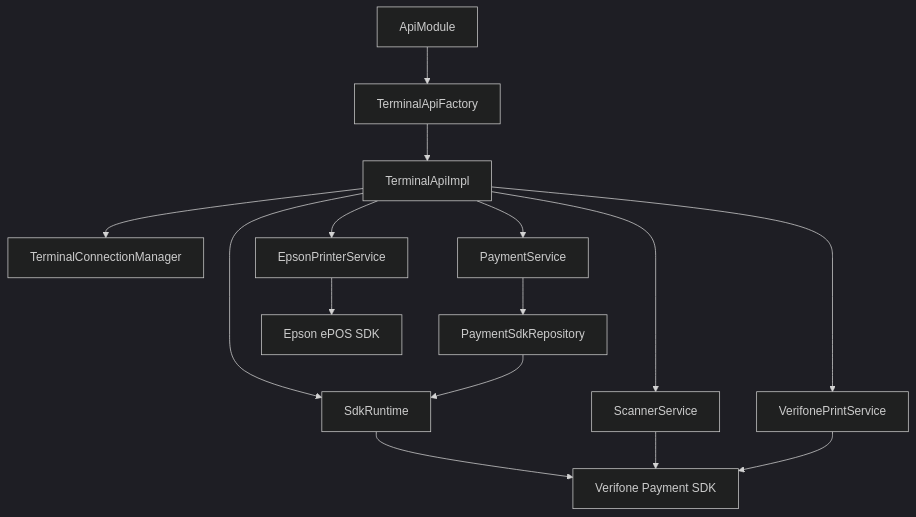
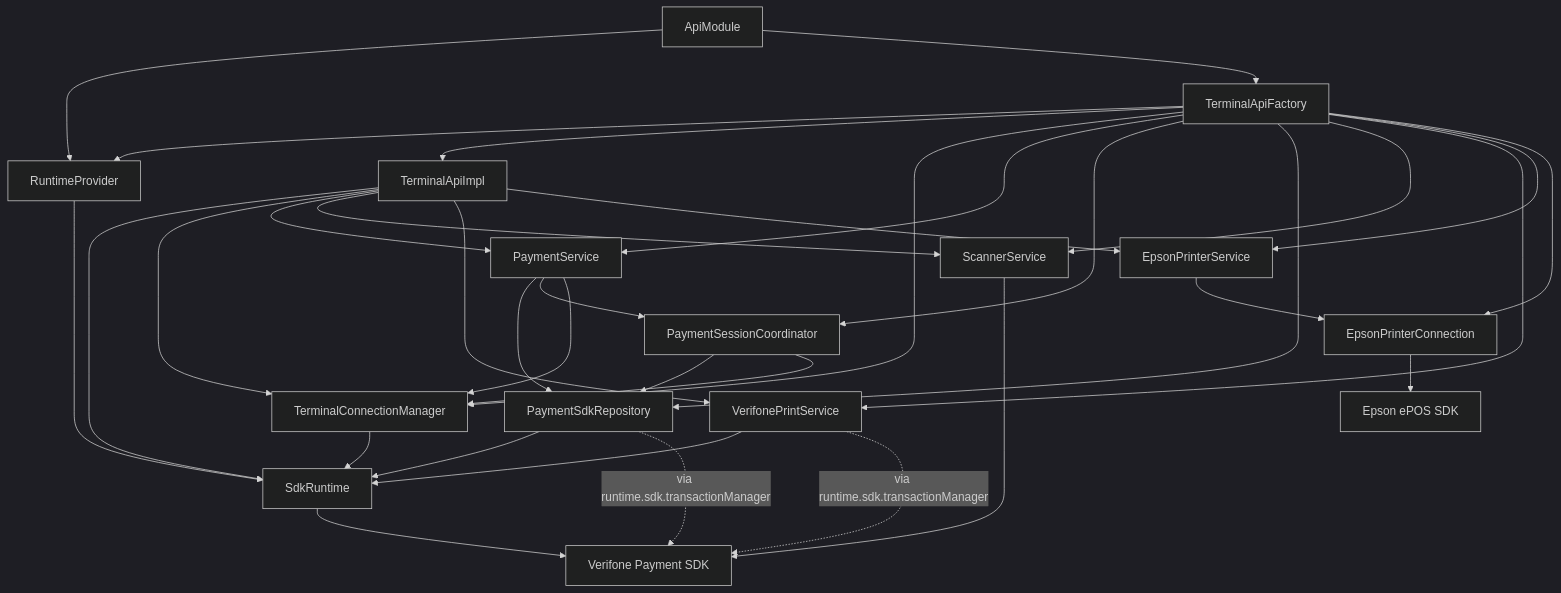
The sixth of 6 diagrams in docs-integration-layer/integration-development/architecture.md (angelika-friis/docs-verifone-psdk-pos-integration), drawn with Mermaid (dark theme) before and after one commit. The commit also changed other lines of this file and 18 other files, not shown here.

Commit message:
Fix broken links and update architecture.md

````diff
--- a/docs-integration-layer/integration-development/architecture.md
+++ b/docs-integration-layer/integration-development/architecture.md
@@ -13,30 +156,66 @@
 ```mermaid
 flowchart TD
     ApiModule["ApiModule"]
+    RuntimeProvider["RuntimeProvider"]
     Factory["TerminalApiFactory"]
+
     Api["TerminalApiImpl"]
-    Runtime["SdkRuntime"]
     Connection["TerminalConnectionManager"]
+
     Payment["PaymentService"]
+    SessionCoordinator["PaymentSessionCoordinator"]
     Repo["PaymentSdkRepository"]
+
     Scanner["ScannerService"]
     VPrinter["VerifonePrintService"]
+    EPrinter["EpsonPrinterService"]
+    EpsonConnection["EpsonPrinterConnection"]
+
+    Runtime["SdkRuntime"]
     PSDK["Verifone Payment SDK"]
-    EPrinter["EpsonPrinterService"]
     Epson["Epson ePOS SDK"]
 
+    ApiModule --> RuntimeProvider
     ApiModule --> Factory
+    RuntimeProvider --> Runtime
+
+    Factory --> RuntimeProvider
     Factory --> Api
+    Factory --> Connection
+    Factory --> Payment
+    Factory --> SessionCoordinator
+    Factory --> Repo
+    Factory --> Scanner
+    Factory --> VPrinter
+    Factory --> EPrinter
+    Factory --> EpsonConnection
+
     Api --> Runtime
     Api --> Connection
     Api --> Payment
-    Payment --> Repo
-    Repo --> Runtime
     Api --> Scanner
     Api --> VPrinter
     Api --> EPrinter
+
+    Connection --> Runtime
+
+    Payment --> Repo
+    Payment --> SessionCoordinator
+    Payment --> Connection
+
+    SessionCoordinator --> Repo
+    SessionCoordinator --> Connection
+
+    Repo --> Runtime
+    Repo -. "via runtime.sdk.transactionManager" .-> PSDK
+
+    VPrinter --> Runtime
+    VPrinter -. "via runtime.sdk.transactionManager" .-> PSDK
+
+    Scanner --> PSDK
+
+    EPrinter --> EpsonConnection
+    EpsonConnection --> Epson
+
     Runtime --> PSDK
-    Scanner --> PSDK
-    VPrinter --> PSDK
-    EPrinter --> Epson
 ```
````
